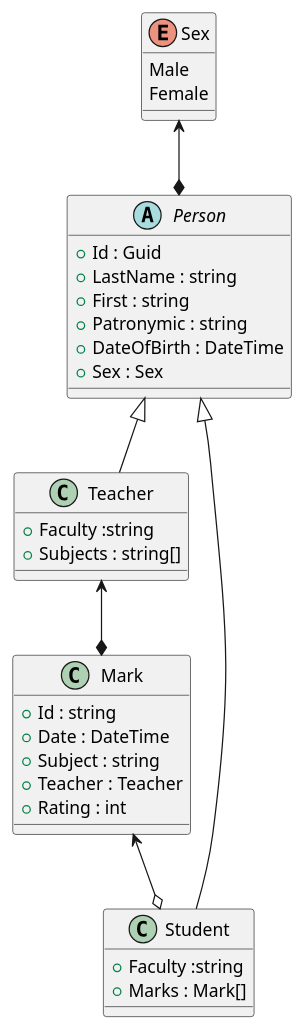
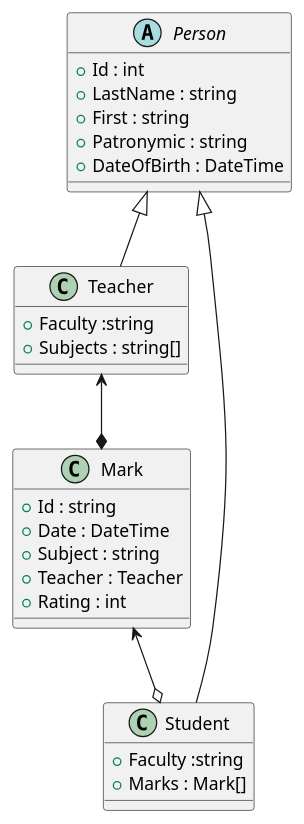
Before and after one commit to shubin1978/UniversityApp: the diagram in model_diag.puml, drawn with PlantUML. The commit also changed 1 other file, not shown here.

Commit message:
корректировка таблицы table_teacher_subjects, удаление поля для пола в диаграмме UML

```diff
--- a/model_diag.puml
+++ b/model_diag.puml
@@ -1,42 +1,35 @@
 @startuml
-enum Sex {
-Male
-Female
-}
-
-Sex <--* Person
 abstract class Person {
-+ Id : Guid
++ Id : int
 + LastName : string
 + First : string
 + Patronymic : string
 + DateOfBirth : DateTime
-+ Sex : Sex
 }
 
 Person <|-- Teacher
 class Teacher {
 + Faculty :string
 + Subjects : string[]
 }
 
 Teacher <--* Mark
 class Mark {
 + Id : string
 + Date : DateTime
 + Subject : string
 + Teacher : Teacher
 + Rating : int
 }
 
 Mark <--o Student
 Person <|-- Student
 class Student {
 + Faculty :string
 + Marks : Mark[]
 }
 
 
 
 
 @enduml
```
